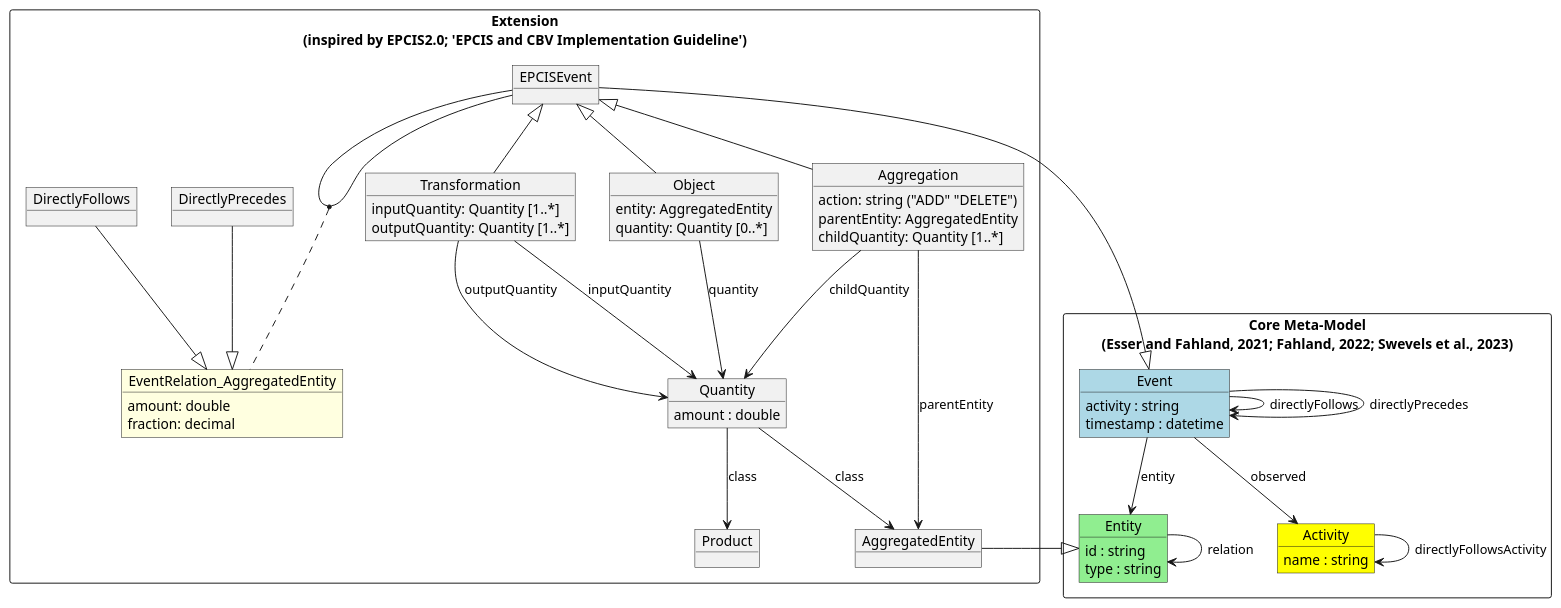
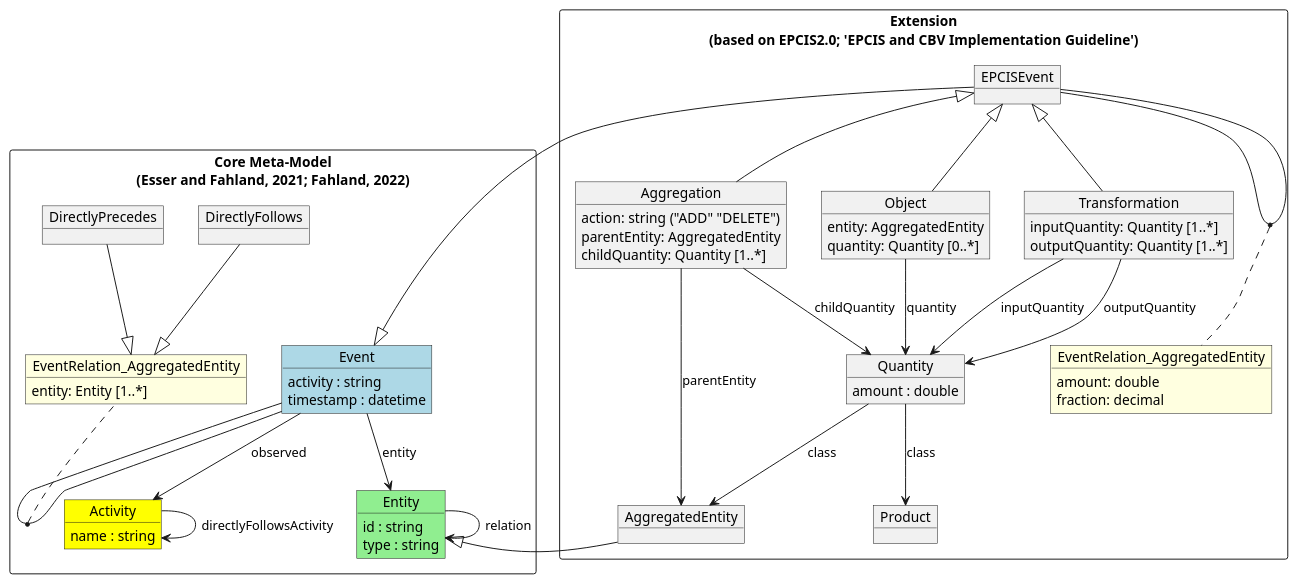
The diagram in documentation/model-EKG_extension.plantuml (gitmpje/aggregated_traces), drawn with PlantUML before and after one commit.

Commit message:
Update data model diagram

```diff
--- a/documentation/model-EKG_extension.plantuml
+++ b/documentation/model-EKG_extension.plantuml
@@ -1,80 +1,85 @@
 @startuml
 set namespaceSeparator none
 
-package "Core Meta-Model\n(Esser and Fahland, 2021; Fahland, 2022; Swevels et al., 2023)" <<Rectangle>> {
+package "Core Meta-Model\n(Esser and Fahland, 2021; Fahland, 2022)" <<Rectangle>> {
     object Event #LightBlue {
         activity : string
         timestamp : datetime
     }
     object Entity #LightGreen {
         id : string
         type : string
     }
     object Activity #Yellow {
         name : string
     }
     ' object Log #SkyBlue {
     '     id : string
     ' }
 
     Event --> Entity : entity
     Event --> Activity : observed
     Entity --> Entity : relation
     ' Log --> Event : event
 
-    Event --> Event : directlyFollows
-    Event --> Event : directlyPrecedes
     Activity --> Activity : directlyFollowsActivity
+
+    object "EventRelation_AggregatedEntity" as DF_DP #LightYellow {
+        entity: Entity [1..*]
+    }
+    (Event, Event) . DF_DP
+
+    object "DirectlyFollows" as DF
+    object "DirectlyPrecedes" as DP
+    DF -d-|> DF_DP
+    DP -d-|> DF_DP
+
+    DF_DP -[hidden]r- Event
 }
 
-package "Extension\n(inspired by EPCIS2.0; 'EPCIS and CBV Implementation Guideline')" <<Rectangle>> {
+package "Extension\n(based on EPCIS2.0; 'EPCIS and CBV Implementation Guideline')" <<Rectangle>> {
     object EPCISEvent
     EPCISEvent --|> Event
     object Aggregation {
         action: string ("ADD" "DELETE")
         parentEntity: AggregatedEntity
         childQuantity: Quantity [1..*]
     }
     object Object {
         entity: AggregatedEntity
         quantity: Quantity [0..*]
     }
     object Transformation {
         inputQuantity: Quantity [1..*]
         outputQuantity: Quantity [1..*]
     }
     Object -u-|> EPCISEvent
     Aggregation -u-|> EPCISEvent
     Transformation -u-|> EPCISEvent
 
     object Product
 
     object AggregatedEntity
     AggregatedEntity -l-|> Entity
 
     object Quantity {
         amount : double
     }
     Object --> Quantity : quantity
     Aggregation --> Quantity : childQuantity
     Aggregation --> AggregatedEntity : parentEntity
     Transformation --> Quantity : inputQuantity
     Transformation --> Quantity : outputQuantity
     Quantity --> AggregatedEntity : class
     Quantity --> Product : class
 
-    object "EventRelation_AggregatedEntity" as DF_DP #LightYellow {
+    object "EventRelation_AggregatedEntity" as DF_DP_AggregatedEntity #LightYellow {
         amount: double
         fraction: decimal
     }
-    (EPCISEvent, EPCISEvent) . DF_DP
-
-    object "DirectlyFollows" as DF
-    object "DirectlyPrecedes" as DP
-    DF --|> DF_DP
-    DP --|> DF_DP
+    (EPCISEvent, EPCISEvent) . DF_DP_AggregatedEntity
 
     ' Quantity -[hidden]- AggregatedEntity
     ' AggregatedEntity -[hidden]- Product
 }
 @enduml
```
